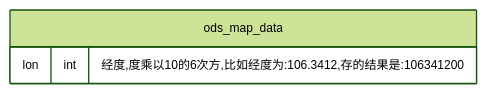
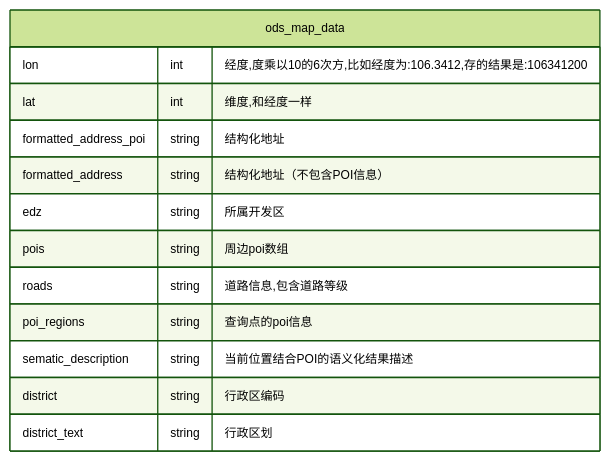
Before and after one commit to luoyh/obsidian-sync: the third of 3 diagrams in tqbb/Map.md, drawn with Mermaid. The commit also changed other lines of this file, not shown here.

Commit message:
vault backup: 2024-10-08 14:13:40

````diff
--- a/tqbb/Map.md
+++ b/tqbb/Map.md
@@ -85,23 +85,33 @@
 ```mermaid
 %%{
     init: {
         'theme': 'forest', 
         'themeVariables': { 
             'fontSize': '12px', 
             'fontFamily': 'Consolas',  
             'primaryColor': '#BB2528', 
             'primaryTextColor': '#fff', 
             'primaryBorderColor': '#7C0000', 
             'lineColor': '#F8B229', 
             'secondaryColor': '#006100', 
             'tertiaryColor': '#fff'
         }
     }
 }%%
 
 erDiagram
     ods_map_data {
         lon int "经度,度乘以10的6次方,比如经度为:106.3412,存的结果是:106341200"
+        lat int "维度,和经度一样"
+        formatted_address_poi string "结构化地址"
+        formatted_address string "结构化地址（不包含POI信息）"
+        edz string "所属开发区"
+        pois string "周边poi数组"
+        roads string "道路信息,包含道路等级"
+        poi_regions string "查询点的poi信息"
+        sematic_description string "当前位置结合POI的语义化结果描述"
+        district string "行政区编码"
+        district_text string "行政区划"
     }    
     
 ```
````
